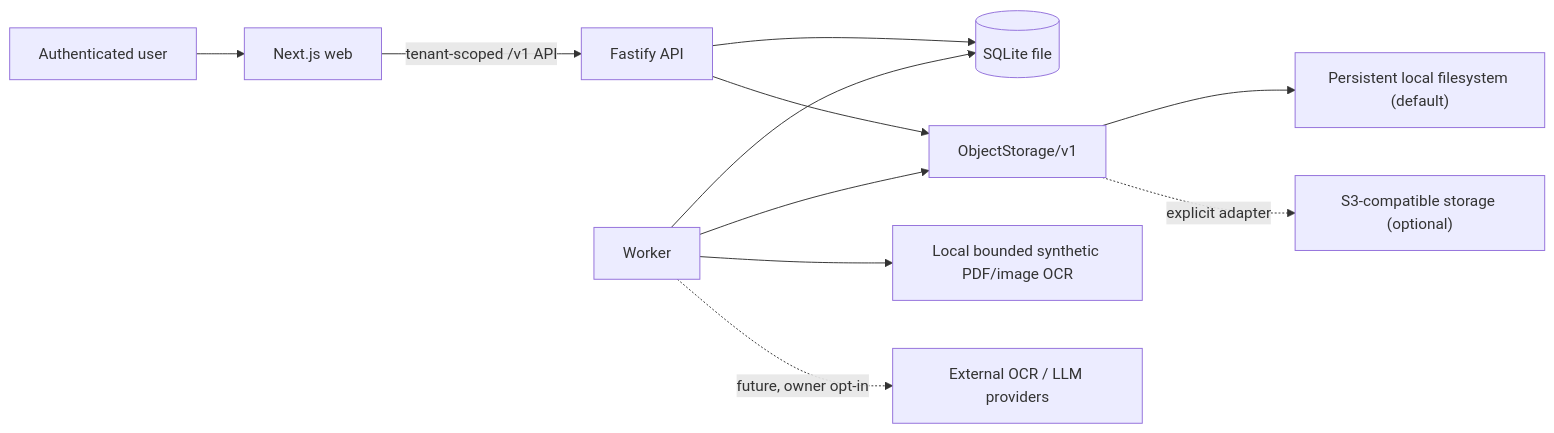
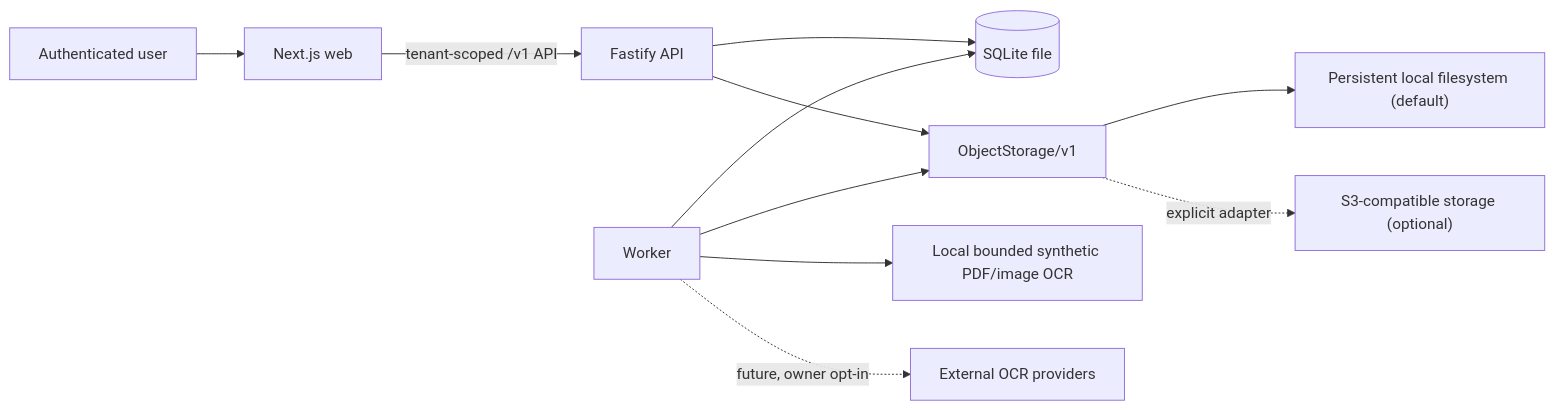
The second of 3 diagrams in docs/architecture.md (Braidner/veylta), drawn with Mermaid before and after one commit. The commit also changed other lines of this file and 48 other files, not shown here.

````diff
--- a/docs/architecture.md
+++ b/docs/architecture.md
@@ -90,13 +94,13 @@
 ```mermaid
 flowchart LR
   U["Authenticated user"] --> W["Next.js web"]
   W -->|"tenant-scoped /v1 API"| A["Fastify API"]
   A --> P[("SQLite file")]
   A --> O["ObjectStorage/v1"]
   J["Worker"] --> P
   J --> O
   O --> L["Persistent local filesystem (default)"]
   O -. "explicit adapter" .-> S["S3-compatible storage (optional)"]
   J --> Q["Local bounded synthetic PDF/image OCR"]
-  J -. "future, owner opt-in" .-> X["External OCR / LLM providers"]
+  J -. "future, owner opt-in" .-> X["External OCR providers"]
 ```
````
